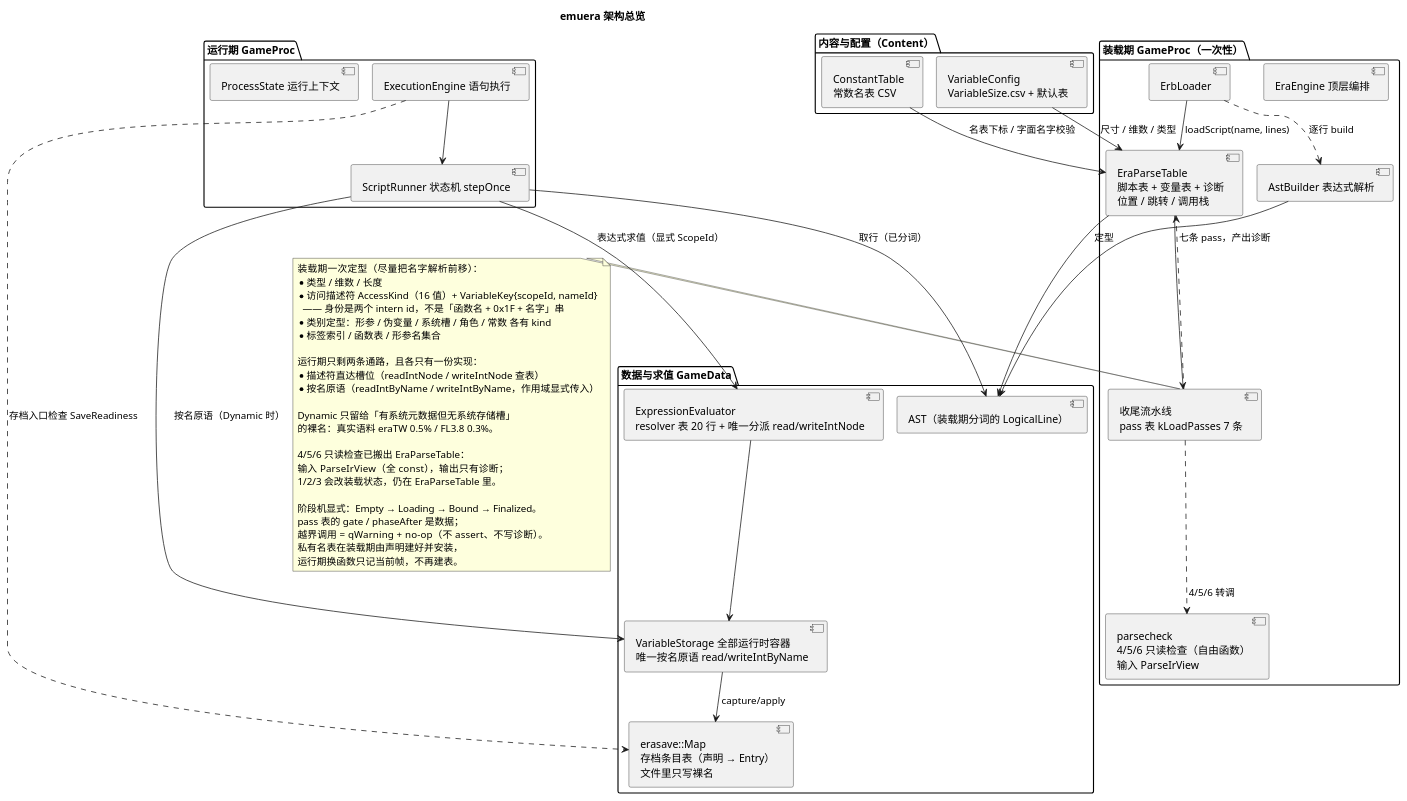
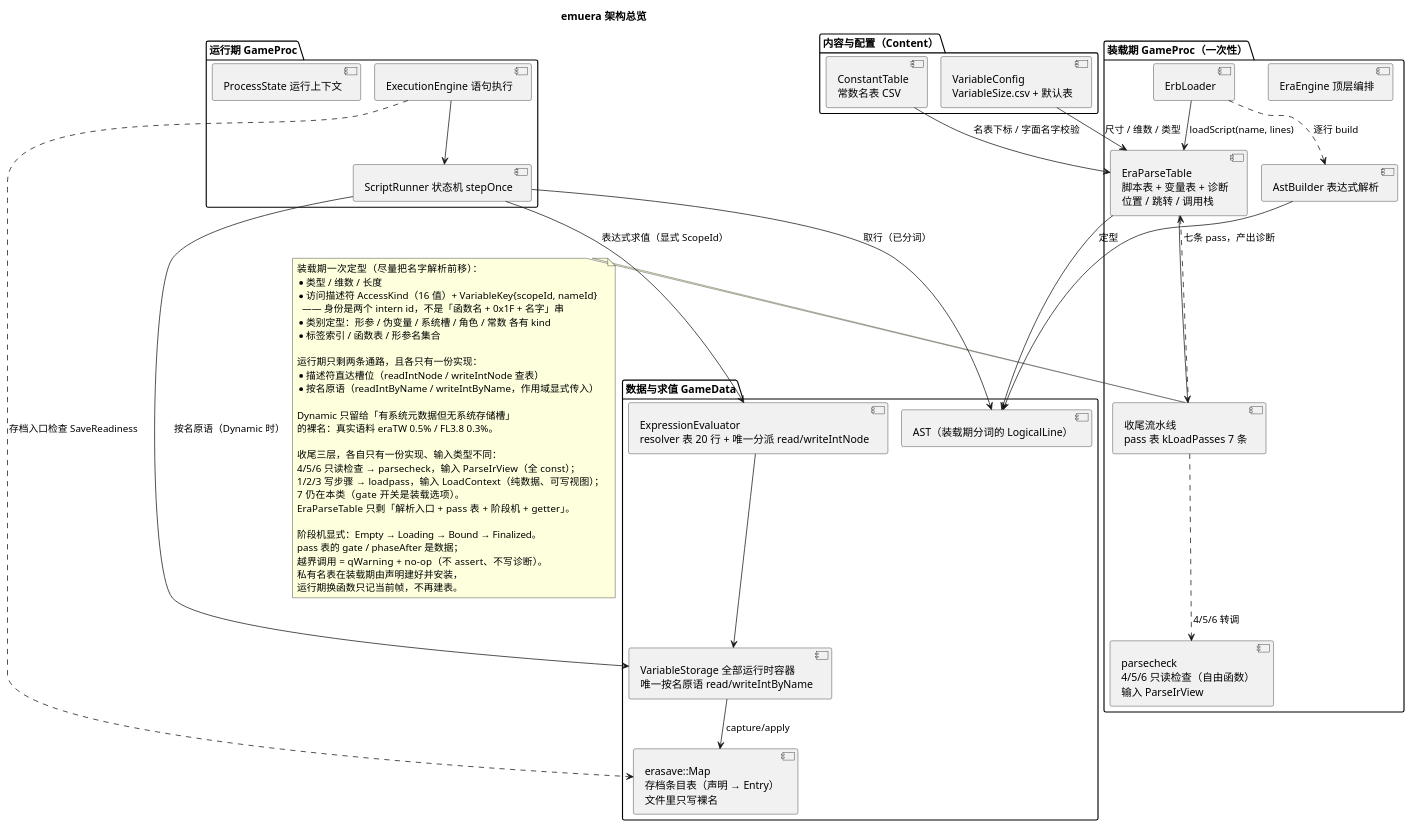
The diagram in docs/uml/00-overview.puml (yigekuyou/qt-eraemu), drawn with PlantUML before and after one commit. The commit also changed 8 other files, not shown here.

```diff
--- a/docs/uml/00-overview.puml
+++ b/docs/uml/00-overview.puml
@@ -1,77 +1,79 @@
 @startuml 00-overview
 ' 无 graphviz(dot) 时用 PlantUML 内置 smetana 布局引擎（有 dot 可删掉这两行）
 !pragma layout smetana
 ' emuera —— 架构总览：装载期一次定型，运行期只做存取
 ' 渲染：plantuml -tpng docs/uml/00-overview.puml
 title emuera 架构总览
 
 package "装载期 GameProc（一次性）" {
   [EraEngine 顶层编排] as Engine
   [ErbLoader] as Loader
   [AstBuilder 表达式解析] as Builder
   [EraParseTable\n脚本表 + 变量表 + 诊断\n位置 / 跳转 / 调用栈] as Table
   [收尾流水线\npass 表 kLoadPasses 7 条] as Finish
   [parsecheck\n4/5/6 只读检查（自由函数）\n输入 ParseIrView] as Checks
 }
 
 package "内容与配置（Content）" {
   [ConstantTable\n常数名表 CSV] as Consts
   [VariableConfig\nVariableSize.csv + 默认表] as Config
 }
 
 package "运行期 GameProc" {
   [ExecutionEngine 语句执行] as Exec
   [ScriptRunner 状态机 stepOnce] as Runner
   [ProcessState 运行上下文] as State
 }
 
 package "数据与求值 GameData" {
   [AST（装载期分词的 LogicalLine）] as AST
   [VariableStorage 全部运行时容器\n唯一按名原语 read/writeIntByName] as Storage
   [ExpressionEvaluator\nresolver 表 20 行 + 唯一分派 read/writeIntNode] as Eval
   [erasave::Map\n存档条目表（声明 → Entry）\n文件里只写裸名] as Save
 }
 
 Loader ..> Builder : 逐行 build
 Loader --> Table : loadScript(name, lines)
 Builder --> AST
 Finish ..> Table : 七条 pass，产出诊断
 Table --> Finish
 Finish ..> Checks : 4/5/6 转调
 Consts --> Table : 名表下标 / 字面名字校验
 Config --> Table : 尺寸 / 维数 / 类型
 Exec --> Runner
 Runner --> AST : 取行（已分词）
 Runner --> Storage : 按名原语（Dynamic 时）
 Runner --> Eval : 表达式求值（显式 ScopeId）
 Eval --> Storage
 Storage --> Save : capture/apply
 Exec ..> Save : 存档入口检查 SaveReadiness
 Table --> AST : 定型
 
 note right of Finish
   装载期一次定型（尽量把名字解析前移）：
   * 类型 / 维数 / 长度
   * 访问描述符 AccessKind（16 值）+ VariableKey{scopeId, nameId}
     —— 身份是两个 intern id，不是「函数名 + 0x1F + 名字」串
   * 类别定型：形参 / 伪变量 / 系统槽 / 角色 / 常数 各有 kind
   * 标签索引 / 函数表 / 形参名集合
 
   运行期只剩两条通路，且各只有一份实现：
   * 描述符直达槽位（readIntNode / writeIntNode 查表）
   * 按名原语（readIntByName / writeIntByName，作用域显式传入）
 
   Dynamic 只留给「有系统元数据但无系统存储槽」
   的裸名：真实语料 eraTW 0.5% / FL3.8 0.3%。
 
-  4/5/6 只读检查已搬出 EraParseTable：
-  输入 ParseIrView（全 const），输出只有诊断；
-  1/2/3 会改装载状态，仍在 EraParseTable 里。
+  收尾三层，各自只有一份实现、输入类型不同：
+  4/5/6 只读检查 → parsecheck，输入 ParseIrView（全 const）；
+  1/2/3 写步骤 → loadpass，输入 LoadContext（纯数据、可写视图）；
+  7 仍在本类（gate 开关是装载选项）。
+  EraParseTable 只剩「解析入口 + pass 表 + 阶段机 + getter」。
 
   阶段机显式：Empty → Loading → Bound → Finalized。
   pass 表的 gate / phaseAfter 是数据；
   越界调用 = qWarning + no-op（不 assert、不写诊断）。
   私有名表在装载期由声明建好并安装，
   运行期换函数只记当前帧，不再建表。
 end note
 @enduml
```
